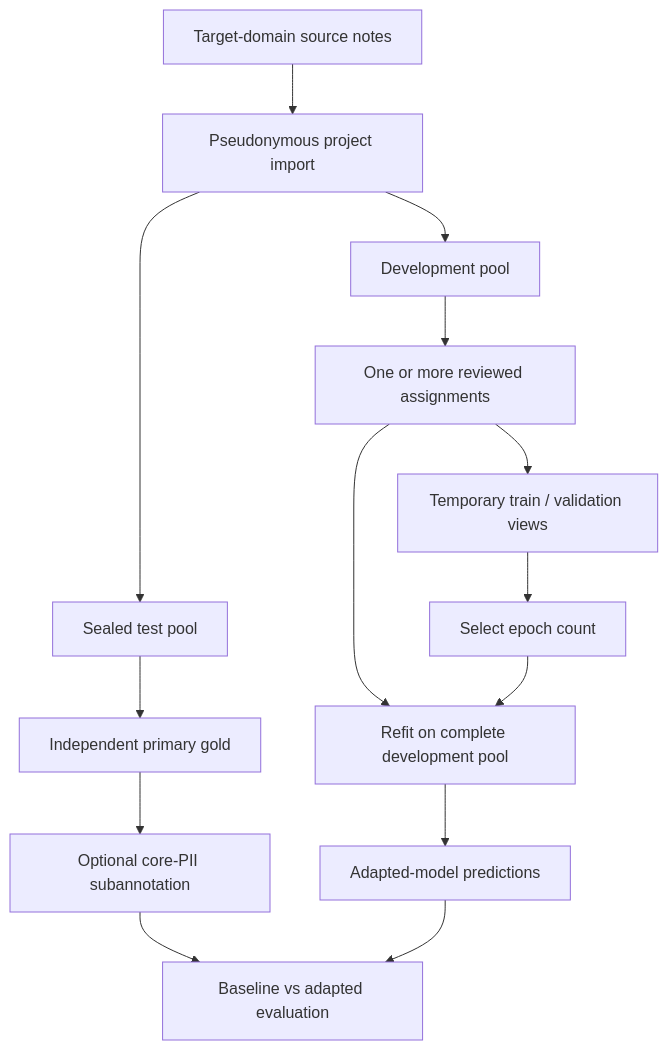
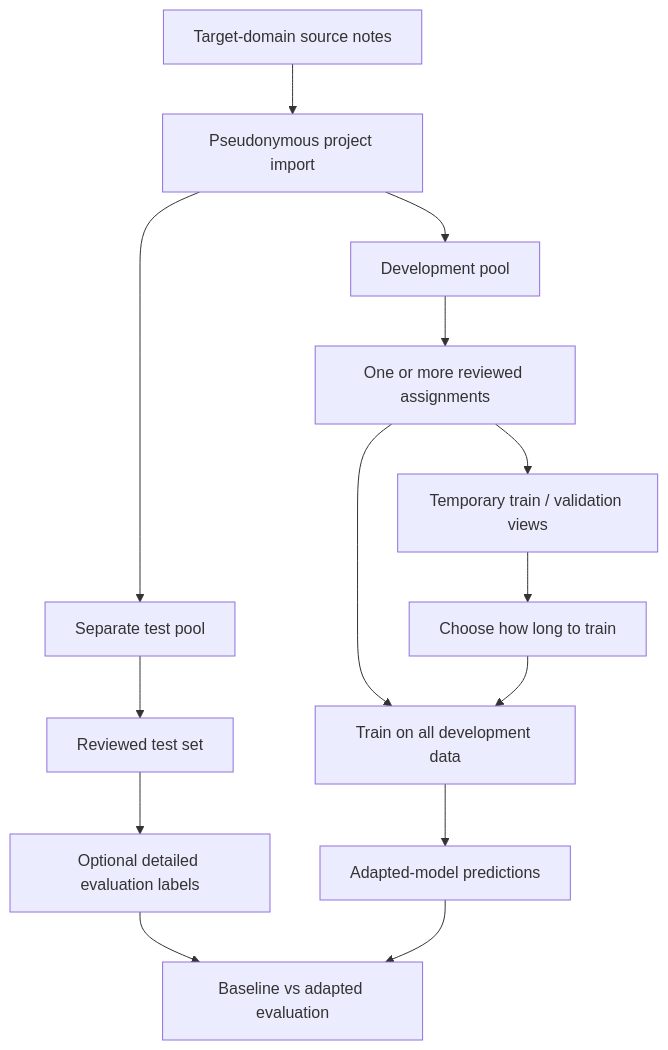
One commit to stighellemans/meddeid.github.io changed the diagram in docs/workflows/domain-adaptation.md. Above: the diagram before and after it, drawn with Mermaid. The commit also changed other lines of this file and 17 other files, not shown here.

````diff
--- a/docs/workflows/domain-adaptation.md
+++ b/docs/workflows/domain-adaptation.md
@@ -7,16 +7,16 @@
 ```mermaid
 flowchart TB
     S["Target-domain source notes"] --> P["Pseudonymous project import"]
     P --> D["Development pool"]
-    P --> T["Sealed test pool"]
+    P --> T["Separate test pool"]
     D --> A["One or more reviewed assignments"]
     A --> V["Temporary train / validation views"]
-    V --> E["Select epoch count"]
-    A --> R["Refit on complete development pool"]
+    V --> E["Choose how long to train"]
+    A --> R["Train on all development data"]
     E --> R
-    T --> G["Independent primary gold"]
-    G --> U["Optional core-PII subannotation"]
+    T --> G["Reviewed test set"]
+    G --> U["Optional detailed evaluation labels"]
     R --> Q["Adapted-model predictions"]
     U --> M["Baseline vs adapted evaluation"]
     Q --> M
 ```
````
